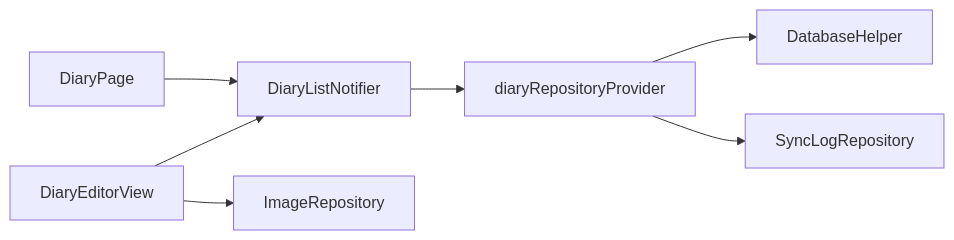
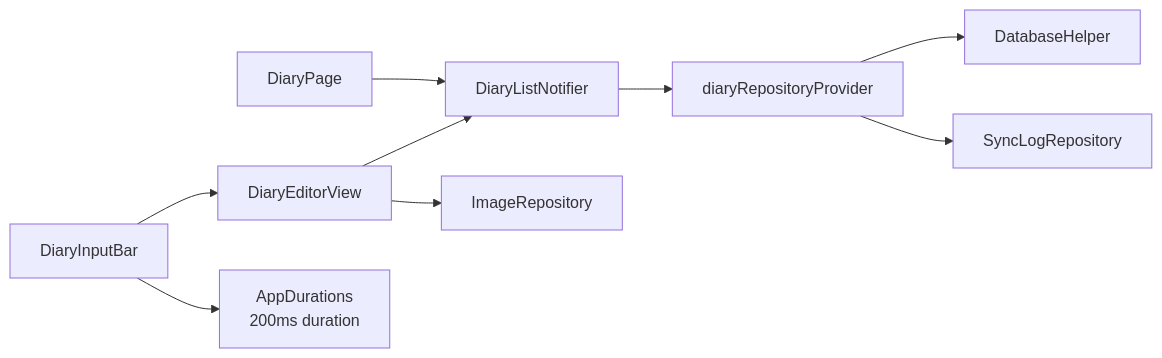
The ninth of 9 diagrams in .qoder/repowiki/en/content/Core Features/Diary Management.md (favoroo/QNote), drawn with Mermaid before and after one commit. The commit also changed other lines of this file and 114 other files, not shown here.

````diff
--- a/.qoder/repowiki/en/content/Core Features/Diary Management.md
+++ b/.qoder/repowiki/en/content/Core Features/Diary Management.md
@@ -366,9 +440,11 @@
 ```mermaid
 graph LR
 DEV["DiaryEditorView"] --> DLP["DiaryListNotifier"]
+DIB["DiaryInputBar"] --> DEV
 DP["DiaryPage"] --> DLP
 DLP --> DRP["diaryRepositoryProvider"]
 DRP --> DBH["DatabaseHelper"]
 DRP --> SLR["SyncLogRepository"]
 DEV --> IR["ImageRepository"]
+DIB --> AD["AppDurations<br/>200ms duration"]
 ```
````
